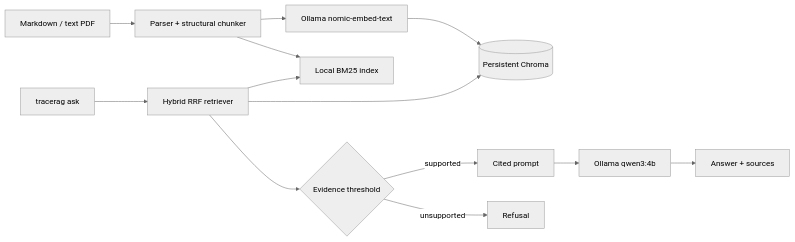
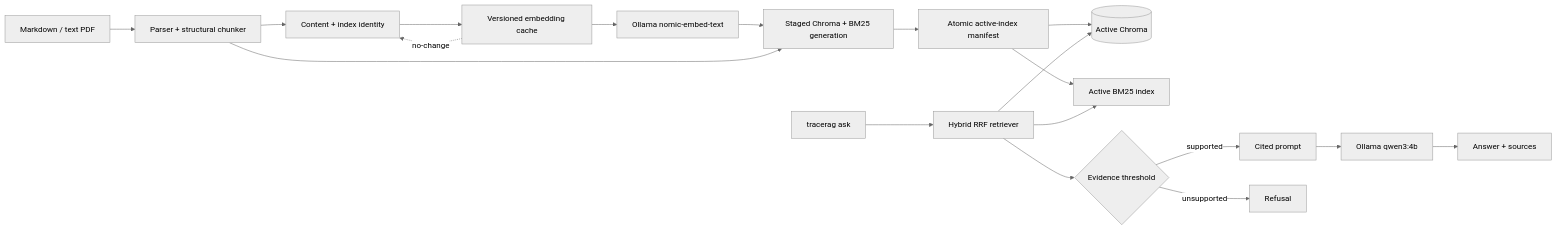
One commit to Uzbekswe/tracerag changed the diagram in README.md. Above: the diagram before and after it, drawn with Mermaid (neutral theme). The commit also changed other lines of this file and 5 other files, not shown here.

````diff
--- a/README.md
+++ b/README.md
@@ -43,13 +86,19 @@
 ```mermaid
 flowchart LR
   files["Markdown / text PDF"] --> parse["Parser + structural chunker"]
-  parse --> embed["Ollama nomic-embed-text"]
-  embed --> chroma[("Persistent Chroma")]
-  parse --> bm25["Local BM25 index"]
+  parse --> identity["Content + index identity"]
+  identity --> cache["Versioned embedding cache"]
+  cache --> embed["Ollama nomic-embed-text"]
+  embed --> stage["Staged Chroma + BM25 generation"]
+  parse --> stage
+  stage --> activate["Atomic active-index manifest"]
   question["tracerag ask"] --> retrieve["Hybrid RRF retriever"]
+  activate --> chroma[("Active Chroma")]
+  activate --> bm25["Active BM25 index"]
   retrieve --> chroma
   retrieve --> bm25
   retrieve --> gate{"Evidence threshold"}
   gate -->|supported| prompt["Cited prompt"] --> model["Ollama qwen3:4b"] --> answer["Answer + sources"]
   gate -->|unsupported| refusal["Refusal"]
+  cache -. no-change .-> identity
 ```
````
